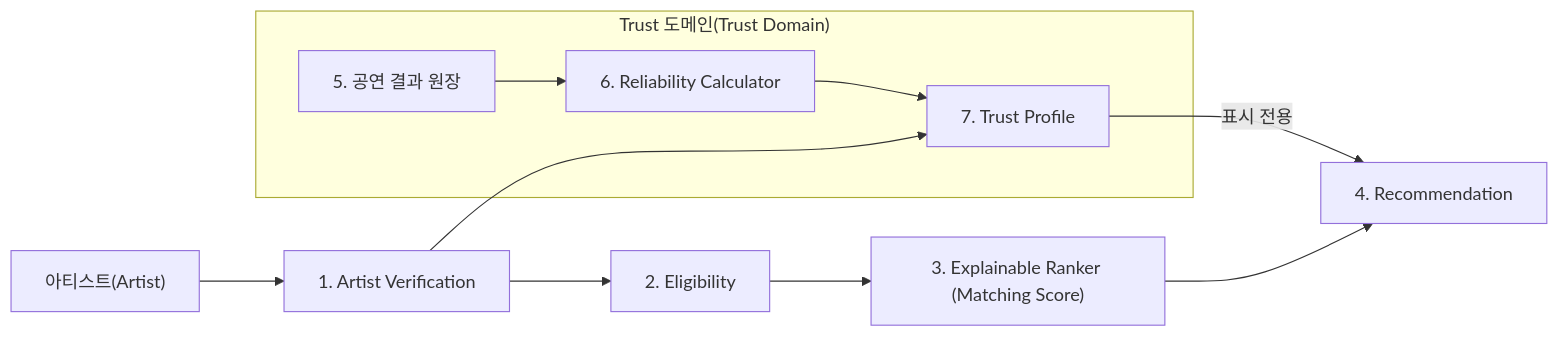
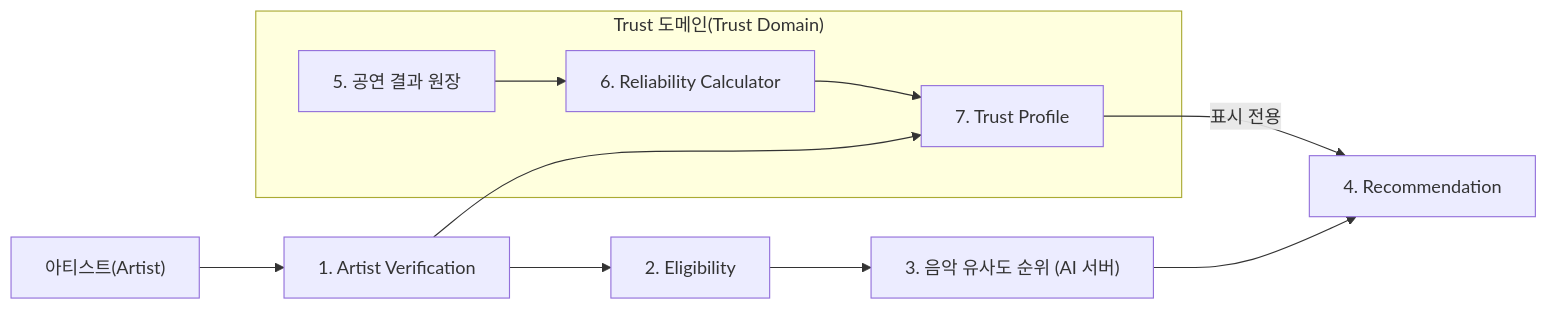
One commit to nsuCapstoneTeam/NSU_CAPSTONE changed the diagram in docs/adr/artist_trust_architecture/README.md. Above: the diagram before and after it, drawn with Mermaid. The commit also changed other lines of this file and 13 other files, not shown here.

````diff
--- a/docs/adr/artist_trust_architecture/README.md
+++ b/docs/adr/artist_trust_architecture/README.md
@@ -103,27 +103,27 @@
 ```mermaid
 flowchart LR
 
     Artist["아티스트(Artist)"]
 
     Artist --> Verification["1. Artist Verification"]
 
     Verification --> Eligibility["2. Eligibility"]
 
-    Eligibility --> Ranker["3. Explainable Ranker (Matching Score)"]
+    Eligibility --> Ranker["3. 음악 유사도 순위 (AI 서버)"]
 
     Ranker --> Result["4. Recommendation"]
 
     Ledger["5. 공연 결과 원장"] --> Calculator["6. Reliability Calculator"]
 
     Calculator --> Profile["7. Trust Profile"]
 
     Verification --> Profile
 
     Profile -->|표시 전용| Result
 
     subgraph TrustSystem["Trust 도메인(Trust Domain)"]
         Ledger
         Calculator
         Profile
     end
 ```
````
